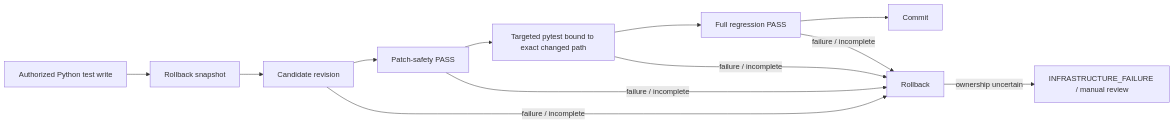
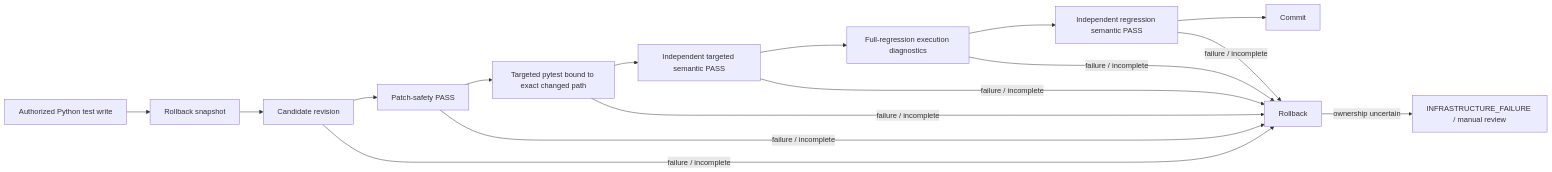
Before and after one commit to portyu9/ai-qa-automation: the second of 2 diagrams in docs/SECURITY.md, drawn with Mermaid. The commit also changed other lines of this file, not shown here.

Commit message:
Align security model with independent pytest semantic authority

````diff
--- a/docs/SECURITY.md
+++ b/docs/SECURITY.md
@@ -145,17 +145,21 @@
 ```mermaid
 flowchart LR
     accTitle: Transactional test-mutation integrity and rollback
-    accDescr: An authorized Python test write creates a rollback snapshot, then patch safety, exact-path targeted pytest, and full regression must pass before commit. Any failure or incomplete closure rolls back, and uncertain rollback ownership escalates to infrastructure failure or manual review.
+    accDescr: An authorized Python test write creates a rollback snapshot, then patch safety and exact-path targeted execution diagnostics must be supplemented by independently trusted targeted semantics and independently trusted full-regression executed-test semantics before commit. Any failure or incomplete closure rolls back, and uncertain rollback ownership escalates to infrastructure failure or manual review.
 
     A[Authorized Python test write] --> B[Rollback snapshot]
     B --> C[Candidate revision]
     C --> D[Patch-safety PASS]
     D --> E[Targeted pytest bound to exact changed path]
-    E --> F[Full regression PASS]
-    F --> G[Commit]
-    C -->|failure / incomplete| H[Rollback]
-    D -->|failure / incomplete| H
-    E -->|failure / incomplete| H
-    F -->|failure / incomplete| H
-    H -->|ownership uncertain| I[INFRASTRUCTURE_FAILURE / manual review]
+    E --> F[Independent targeted semantic PASS]
+    F --> G[Full-regression execution diagnostics]
+    G --> H[Independent regression semantic PASS]
+    H --> I[Commit]
+    C -->|failure / incomplete| J[Rollback]
+    D -->|failure / incomplete| J
+    E -->|failure / incomplete| J
+    F -->|failure / incomplete| J
+    G -->|failure / incomplete| J
+    H -->|failure / incomplete| J
+    J -->|ownership uncertain| K[INFRASTRUCTURE_FAILURE / manual review]
 ```
````
